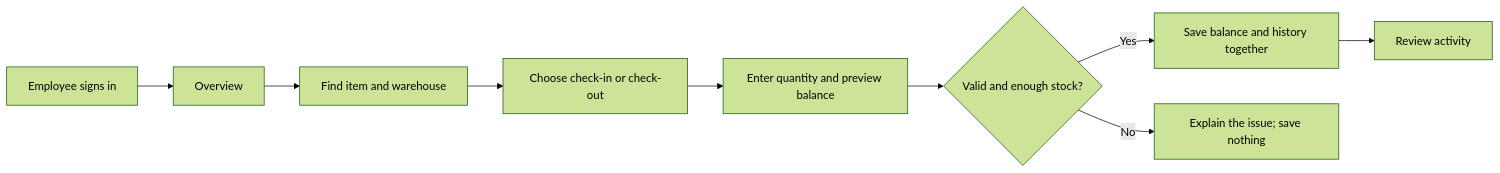
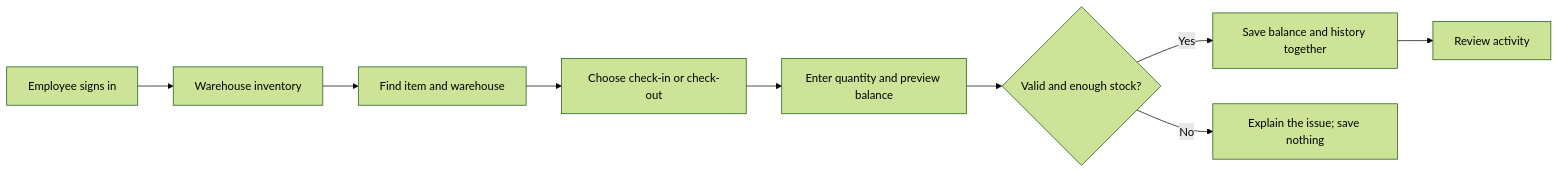
One commit to Smoofers-21/IMS-Bluebox changed the diagram in README.md. Above: the diagram before and after it, drawn with Mermaid (forest theme). The commit also changed other lines of this file and 51 other files, not shown here.

Commit message:
feat: implement milestone one warehouse inventory workflow

````diff
--- a/README.md
+++ b/README.md
@@ -35,11 +36,11 @@
 ```mermaid
 flowchart LR
-    A[Employee signs in] --> B[Overview]
+    A[Employee signs in] --> B[Warehouse inventory]
     B --> C[Find item and warehouse]
     C --> D[Choose check-in or check-out]
     D --> E[Enter quantity and preview balance]
     E --> F{Valid and enough stock?}
     F -->|Yes| G[Save balance and history together]
     F -->|No| H[Explain the issue; save nothing]
     G --> I[Review activity]
 ```
````
